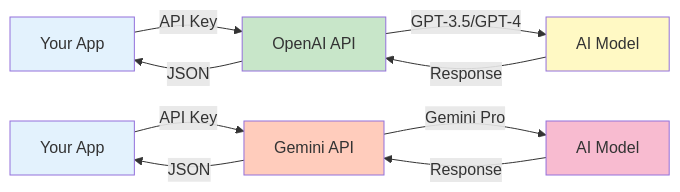
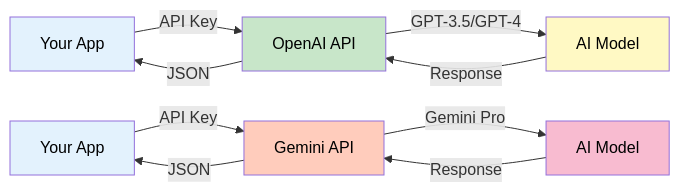
One commit to iNavLabsResearch/ai_starter changed the second of 2 diagrams in docs/session_1/5_practical_gemini_openai.md. Above: the diagram before and after it, drawn with Mermaid. The commit also changed 8 other files, not shown here.

First line of the commit message:
Fix Mermaid diagram text visibility - set all text to black

````diff
--- a/docs/session_1/5_practical_gemini_openai.md
+++ b/docs/session_1/5_practical_gemini_openai.md
@@ -136,19 +136,19 @@
 ```mermaid
 graph LR
     A[Your App] -->|API Key| B[OpenAI API]
     B -->|GPT-3.5/GPT-4| C[AI Model]
     C -->|Response| B
     B -->|JSON| A
     
     D[Your App] -->|API Key| E[Gemini API]
     E -->|Gemini Pro| F[AI Model]
     F -->|Response| E
     E -->|JSON| D
     
-    style A fill:#e3f2fd
-    style B fill:#c8e6c9
-    style C fill:#fff9c4
-    style D fill:#e3f2fd
-    style E fill:#ffccbc
-    style F fill:#f8bbd0
+    style A fill:#e3f2fd,color:#000000
+    style B fill:#c8e6c9,color:#000000
+    style C fill:#fff9c4,color:#000000
+    style D fill:#e3f2fd,color:#000000
+    style E fill:#ffccbc,color:#000000
+    style F fill:#f8bbd0,color:#000000
 ```
````
